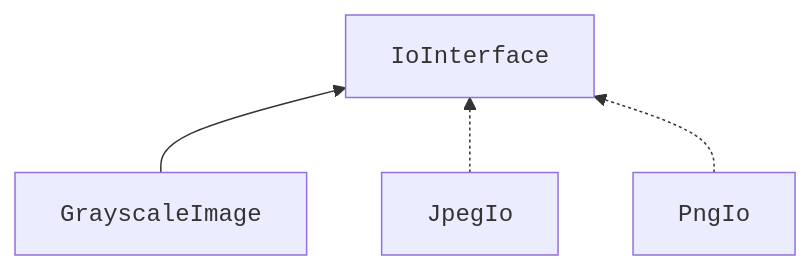
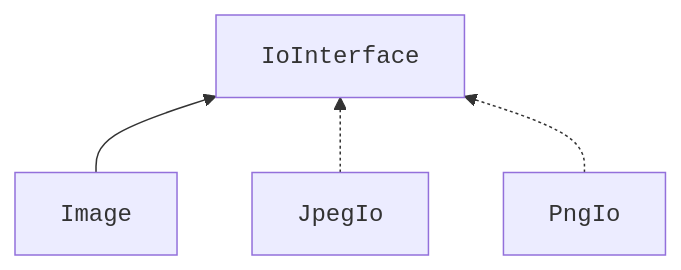
Before and after one commit to cpp-for-yourself/lectures-and-homeworks: the fourth of 5 diagrams in lectures/inheritance.md, drawn with Mermaid. The commit also changed other lines of this file, not shown here.

````diff
--- a/lectures/inheritance.md
+++ b/lectures/inheritance.md
@@ -139,6 +157,6 @@
 ```mermaid
 graph BT
-  A[<code>GrayscaleImage</code>] --> I[<code>IoInterface</code>]
+  A[<code>Image</code>] --> I[<code>IoInterface</code>]
   B[<code>JpegIo</code>] -.-> I[<code>IoInterface</code>]
   C[<code>PngIo</code>] -.-> I[<code>IoInterface</code>]
 ```
````
